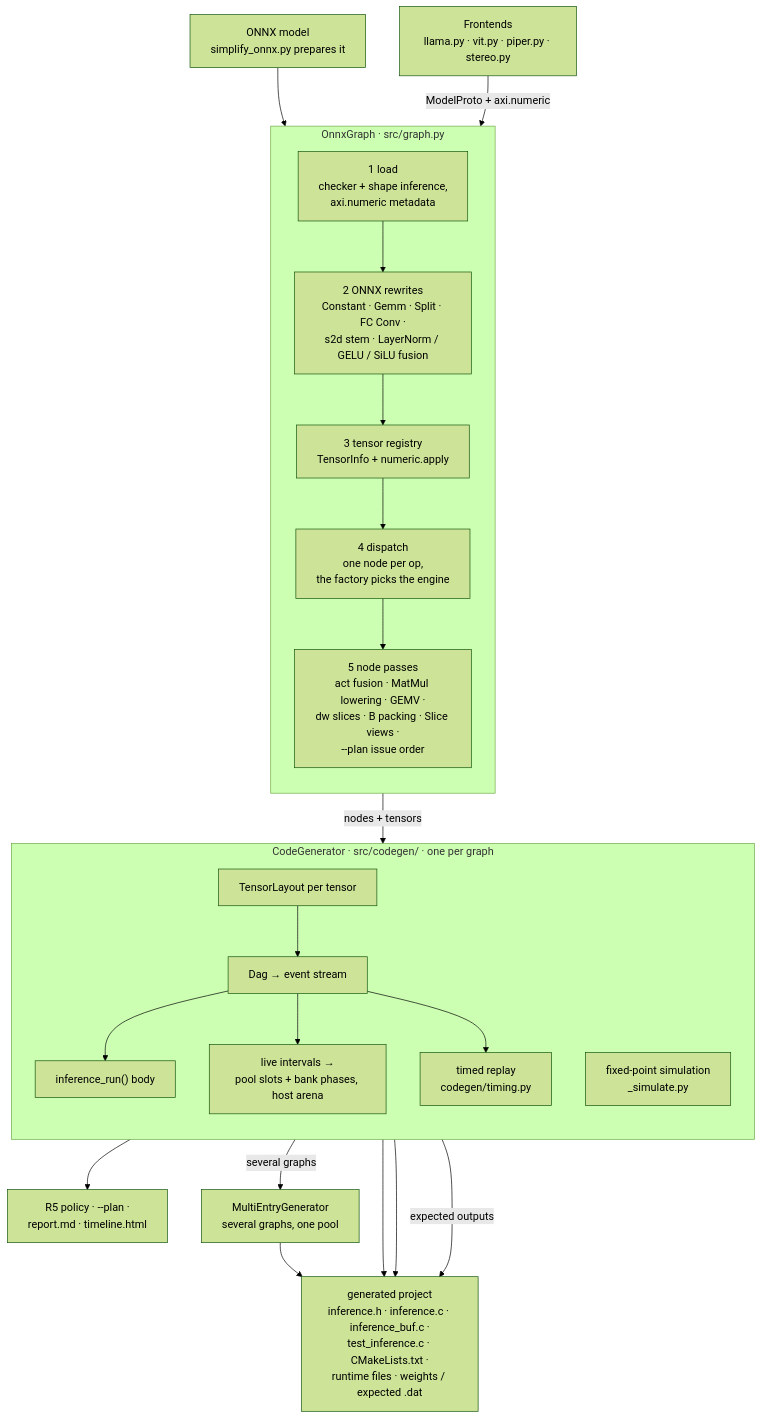
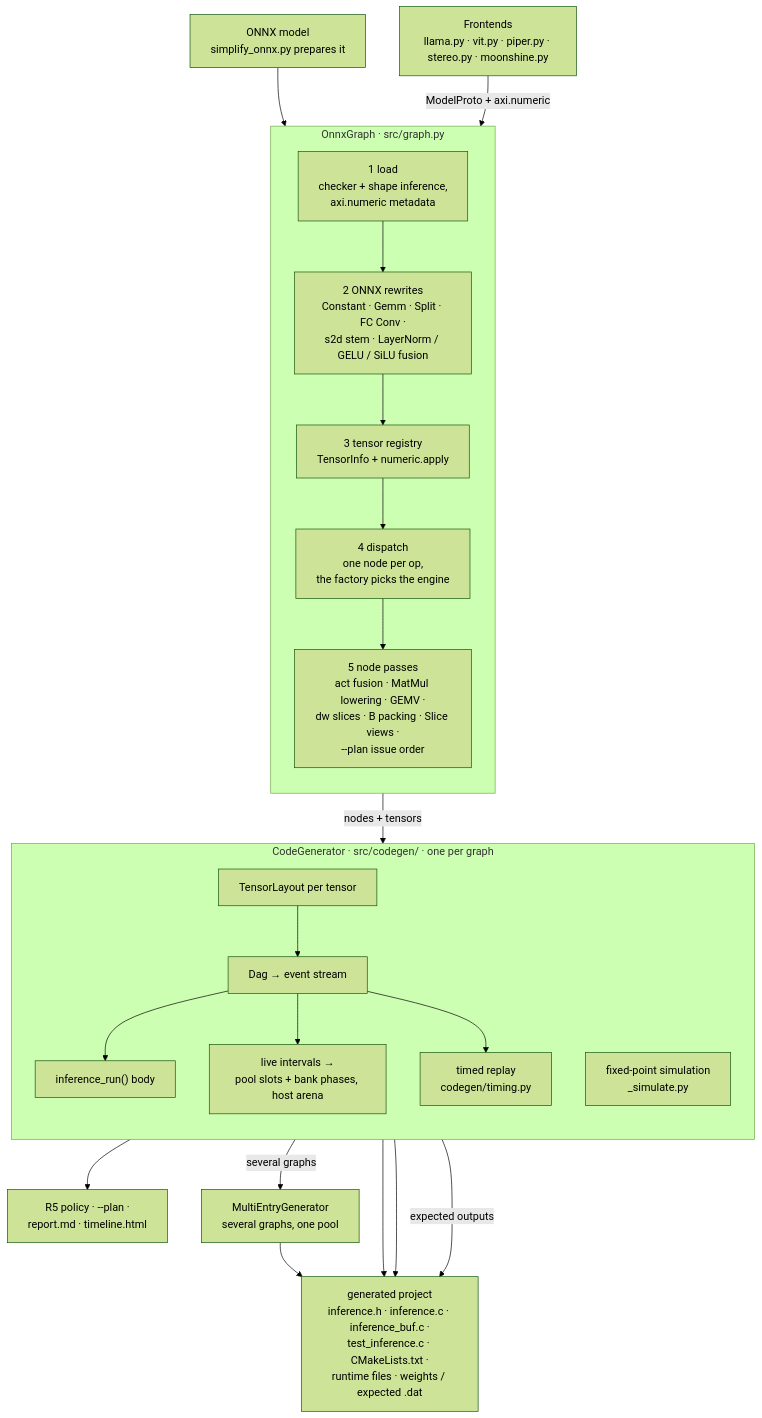
One commit to phoenix367/cormorant changed the first of 9 diagrams in inference-scheduler/doc/ARCHITECTURE.md. Above: the diagram before and after it, drawn with Mermaid (forest theme). The commit also changed other lines of this file and 77 other files, not shown here.

````diff
--- a/inference-scheduler/doc/ARCHITECTURE.md
+++ b/inference-scheduler/doc/ARCHITECTURE.md
@@ -87,42 +87,42 @@
 ```mermaid
 flowchart TD
     ONNX["ONNX model<br/>simplify_onnx.py prepares it"]
-    FE["Frontends<br/>llama.py · vit.py · piper.py · stereo.py"]
+    FE["Frontends<br/>llama.py · vit.py · piper.py · stereo.py · moonshine.py"]
 
     subgraph OG["OnnxGraph · src/graph.py"]
         direction TB
         G1["1 load<br/>checker + shape inference,<br/>axi.numeric metadata"]
         G2["2 ONNX rewrites<br/>Constant · Gemm · Split · FC Conv ·<br/>s2d stem · LayerNorm / GELU / SiLU fusion"]
         G3["3 tensor registry<br/>TensorInfo + numeric.apply"]
         G4["4 dispatch<br/>one node per op,<br/>the factory picks the engine"]
         G5["5 node passes<br/>act fusion · MatMul lowering · GEMV ·<br/>dw slices · B packing · Slice views ·<br/>--plan issue order"]
         G1 --> G2 --> G3 --> G4 --> G5
     end
 
     subgraph CG["CodeGenerator · src/codegen/ · one per graph"]
         direction TB
         LAY["TensorLayout per tensor"]
         EVS["Dag → event stream"]
         BODY["inference_run() body"]
         LIVE["live intervals →<br/>pool slots + bank phases, host arena"]
         TIME["timed replay<br/>codegen/timing.py"]
         SIM["fixed-point simulation<br/>_simulate.py"]
         LAY --> EVS
         EVS --> BODY
         EVS --> LIVE
         EVS --> TIME
     end
 
     PRED["R5 policy · --plan ·<br/>report.md · timeline.html"]
     MULTI["MultiEntryGenerator<br/>several graphs, one pool"]
     PRJ["generated project<br/>inference.h · inference.c · inference_buf.c ·<br/>test_inference.c · CMakeLists.txt ·<br/>runtime files · weights / expected .dat"]
 
     ONNX --> G1
     FE -->|"ModelProto + axi.numeric"| G1
     G5 -->|"nodes + tensors"| LAY
     TIME --> PRED
     BODY --> PRJ
     LIVE --> PRJ
     SIM -->|"expected outputs"| PRJ
     CG -->|"several graphs"| MULTI --> PRJ
 ```
````
